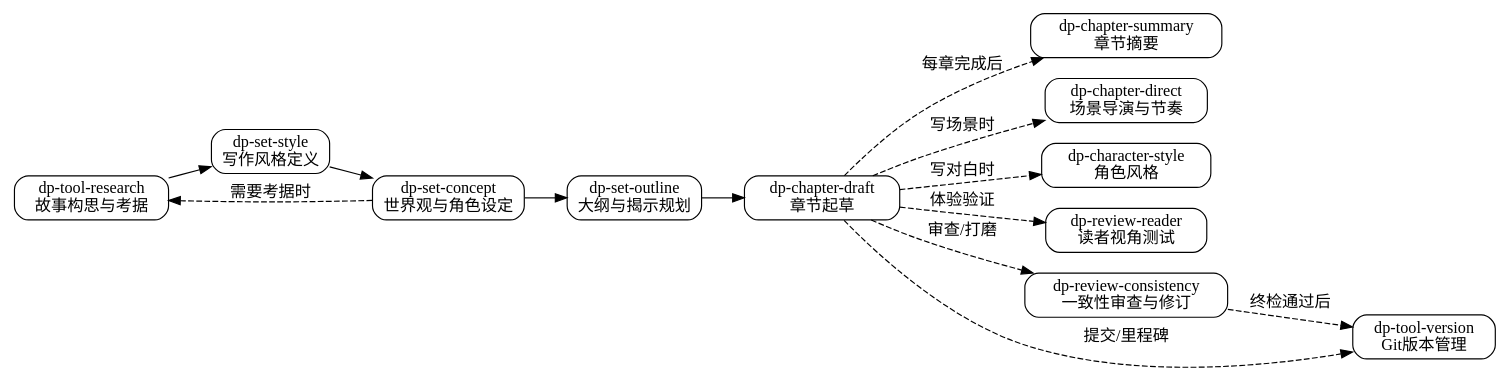
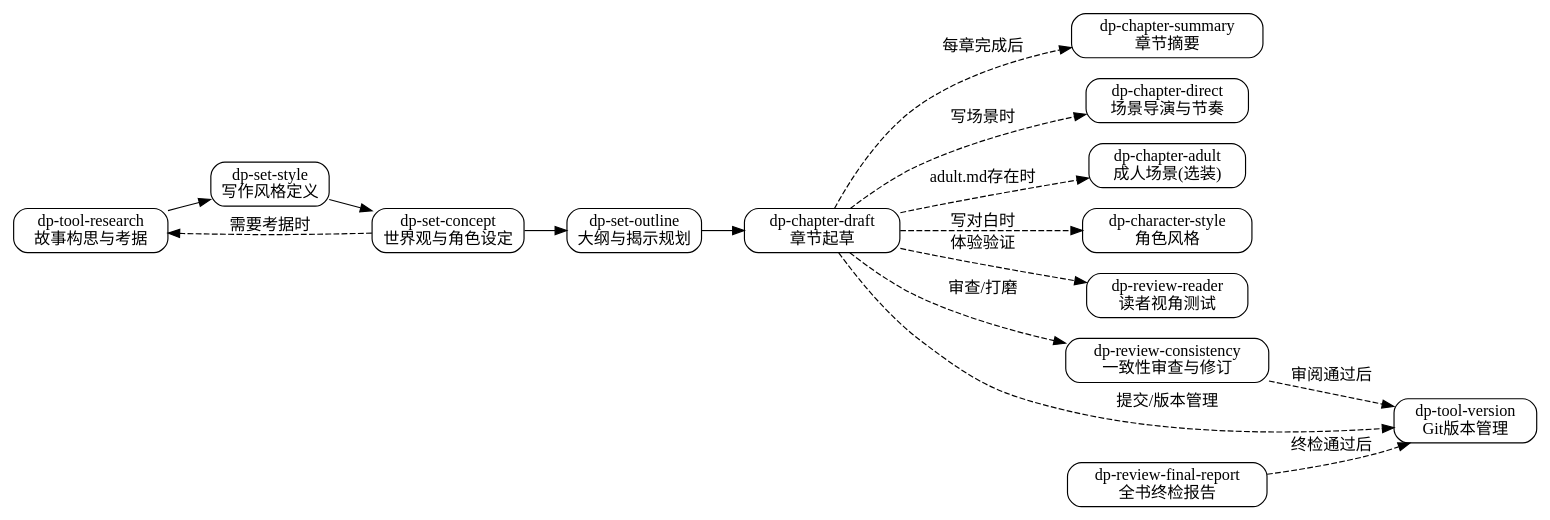
The diagram in skills/dp-using-dreampowers/SKILL.md (skyfiredao/dreampowers), drawn with Graphviz before and after one commit. The commit also changed other lines of this file and 16 other files, not shown here.

````diff
--- a/skills/dp-using-dreampowers/SKILL.md
+++ b/skills/dp-using-dreampowers/SKILL.md
@@ -107,22 +108,24 @@
 ```dot
 digraph creative_flow {
     rankdir=LR;
     node [shape=box, style=rounded];
 
     "dp-tool-research\n故事构思与考据" -> "dp-set-style\n写作风格定义";
     "dp-set-style\n写作风格定义" -> "dp-set-concept\n世界观与角色设定";
     "dp-set-concept\n世界观与角色设定" -> "dp-set-outline\n大纲与揭示规划";
     "dp-set-outline\n大纲与揭示规划" -> "dp-chapter-draft\n章节起草";
 
     "dp-chapter-draft\n章节起草" -> "dp-chapter-summary\n章节摘要" [style=dashed, label="每章完成后"];
     "dp-chapter-draft\n章节起草" -> "dp-chapter-direct\n场景导演与节奏" [style=dashed, label="写场景时"];
+    "dp-chapter-draft\n章节起草" -> "dp-chapter-adult\n成人场景(选装)" [style=dashed, label="adult.md存在时"];
     "dp-chapter-draft\n章节起草" -> "dp-character-style\n角色风格" [style=dashed, label="写对白时"];
     "dp-chapter-draft\n章节起草" -> "dp-review-reader\n读者视角测试" [style=dashed, label="体验验证"];
     "dp-chapter-draft\n章节起草" -> "dp-review-consistency\n一致性审查与修订" [style=dashed, label="审查/打磨"];
 
     "dp-set-concept\n世界观与角色设定" -> "dp-tool-research\n故事构思与考据" [style=dashed, label="需要考据时"];
 
-    "dp-chapter-draft\n章节起草" -> "dp-tool-version\nGit版本管理" [style=dashed, label="提交/里程碑"];
-    "dp-review-consistency\n一致性审查与修订" -> "dp-tool-version\nGit版本管理" [style=dashed, label="终检通过后"];
+    "dp-chapter-draft\n章节起草" -> "dp-tool-version\nGit版本管理" [style=dashed, label="提交/版本管理"];
+    "dp-review-consistency\n一致性审查与修订" -> "dp-tool-version\nGit版本管理" [style=dashed, label="审阅通过后"];
+    "dp-review-final-report\n全书终检报告" -> "dp-tool-version\nGit版本管理" [style=dashed, label="终检通过后"];
 }
 ```
````
